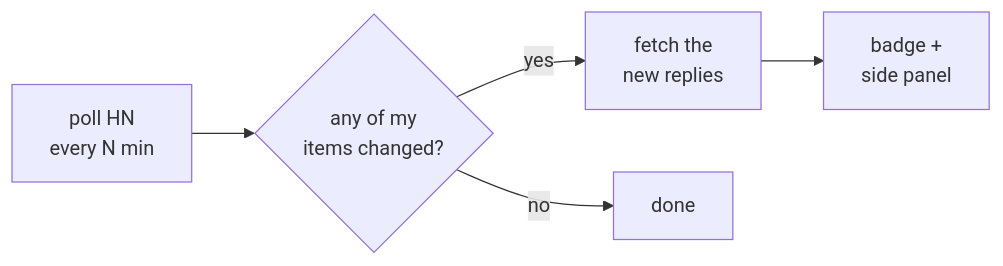
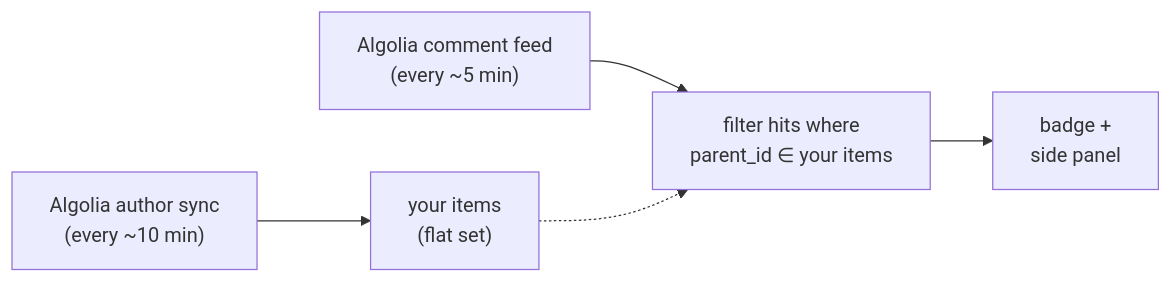
The first of 2 diagrams in README.md (adam-s/hnswered), drawn with Mermaid before and after one commit. The commit also changed other lines of this file and 48 other files, not shown here.

````diff
--- a/README.md
+++ b/README.md
@@ -9,7 +9,7 @@
 ```mermaid
 flowchart LR
-    poll["poll HN<br/>every N min"] --> changed{"any of my<br/>items changed?"}
-    changed -- yes --> fetch["fetch the<br/>new replies"]
-    fetch --> show["badge +<br/>side panel"]
-    changed -- no --> done["done"]
+    sync["Algolia author sync<br/>(every ~10 min)"] --> monitored["your items<br/>(flat set)"]
+    poll["Algolia comment feed<br/>(every ~5 min)"] --> filter["filter hits where<br/>parent_id ∈ your items"]
+    filter --> show["badge +<br/>side panel"]
+    monitored -.-> filter
 ```
````
